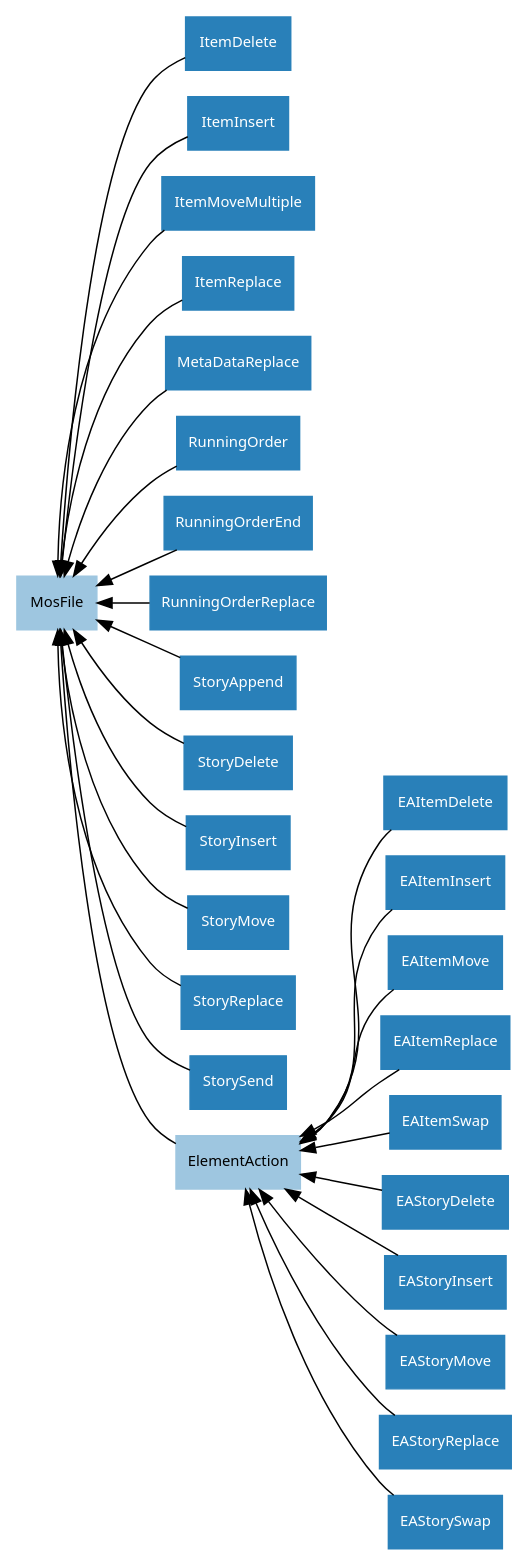
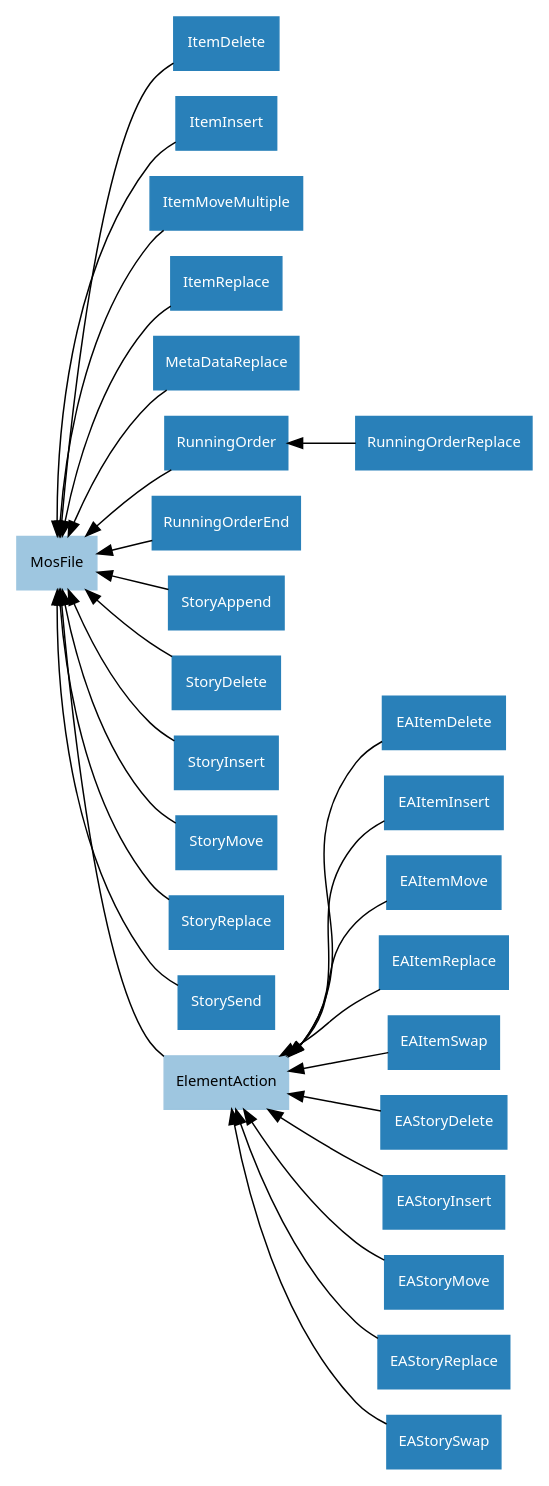
The diagram in docs/images/class_hierarchy.dot (bbc/mosromgr), drawn with Graphviz before and after one commit. The commit also changed 9 other files, not shown here.

```diff
--- a/docs/images/class_hierarchy.dot
+++ b/docs/images/class_hierarchy.dot
@@ -1,40 +1,40 @@
 digraph classes {
     graph [rankdir=RL];
     node [shape=rect, style=filled, fontname=Sans, fontsize=10];
     edge [];
 
     /* Abstract classes */
     node [color="#9ec6e0", fontcolor="#000000"]
 
     ElementAction;
     MosFile;
 
     /* Concrete classes */
     node [color="#2980b9", fontcolor="#ffffff"];
 
     EAItemDelete->ElementAction;
     EAItemInsert->ElementAction;
     EAItemMove->ElementAction;
     EAItemReplace->ElementAction;
     EAItemSwap->ElementAction;
     EAStoryDelete->ElementAction;
     EAStoryInsert->ElementAction;
     EAStoryMove->ElementAction;
     EAStoryReplace->ElementAction;
     EAStorySwap->ElementAction;
     ElementAction->MosFile;
     ItemDelete->MosFile;
     ItemInsert->MosFile;
     ItemMoveMultiple->MosFile;
     ItemReplace->MosFile;
     MetaDataReplace->MosFile;
     RunningOrder->MosFile;
     RunningOrderEnd->MosFile;
-    RunningOrderReplace->MosFile;
+    RunningOrderReplace->RunningOrder;
     StoryAppend->MosFile;
     StoryDelete->MosFile;
     StoryInsert->MosFile;
     StoryMove->MosFile;
     StoryReplace->MosFile;
     StorySend->MosFile;
 }
```
